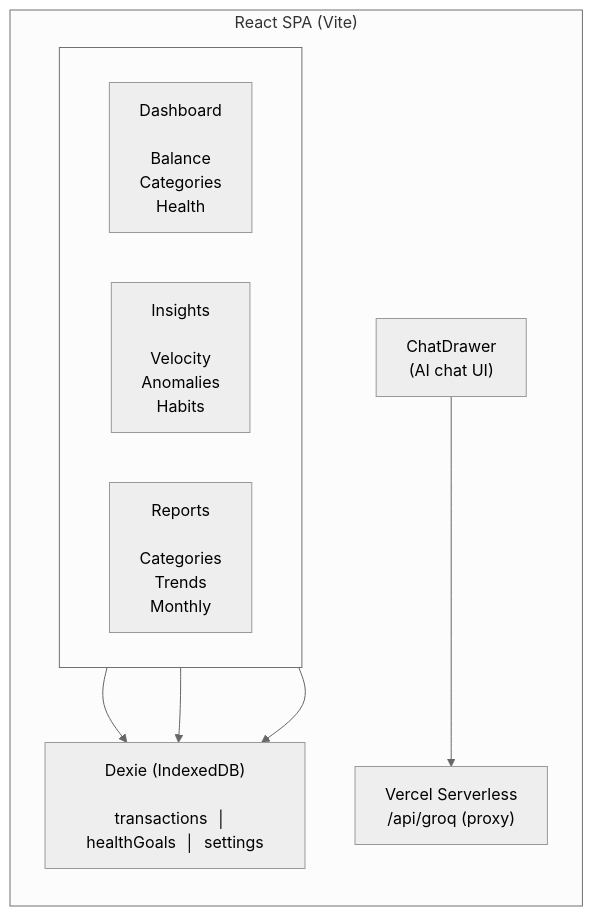
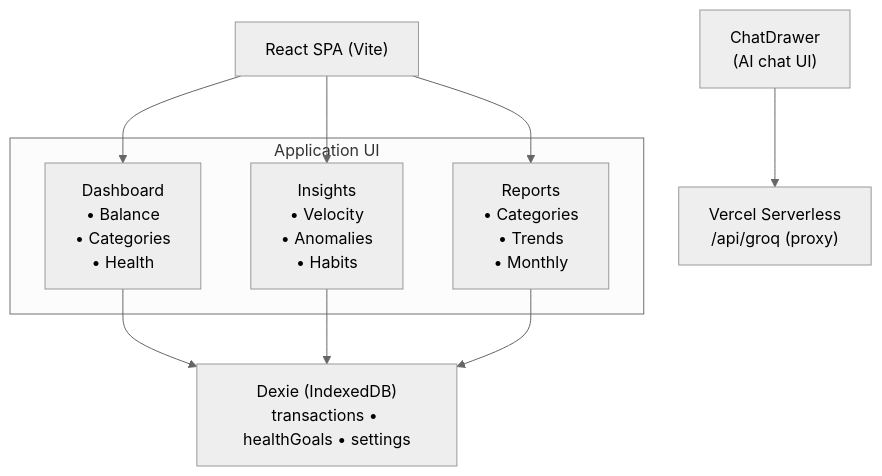
The diagram in README.md (nabeelsyed14/spendly), drawn with Mermaid (neutral theme) before and after one commit.

Commit message:
Update architecture diagram in README
Refactor architecture diagram in README to improve clarity and formatting.

````diff
--- a/README.md
+++ b/README.md
@@ -26,23 +26,26 @@
 ```mermaid
 flowchart TB
-    subgraph APP["React SPA (Vite)"]
-        direction TB
+    SPA["React SPA (Vite)"]
 
-        subgraph PAGES[" "]
-            direction LR
-            Dashboard["Dashboard<br/><br/>Balance<br/>Categories<br/>Health"]
-            Insights["Insights<br/><br/>Velocity<br/>Anomalies<br/>Habits"]
-            Reports["Reports<br/><br/>Categories<br/>Trends<br/>Monthly"]
-        end
+    subgraph UI["Application UI"]
+        Dashboard["Dashboard<br/>• Balance<br/>• Categories<br/>• Health"]
+        Insights["Insights<br/>• Velocity<br/>• Anomalies<br/>• Habits"]
+        Reports["Reports<br/>• Categories<br/>• Trends<br/>• Monthly"]
+    end
 
-        DB["Dexie (IndexedDB)<br/><br/>transactions  │  healthGoals  │  settings"]
+    DB["Dexie (IndexedDB)<br/>transactions • healthGoals • settings"]
 
-        Chat["ChatDrawer<br/>(AI chat UI)"]
-        API["Vercel Serverless<br/>/api/groq (proxy)"]
+    Chat["ChatDrawer<br/>(AI chat UI)"]
+    API["Vercel Serverless<br/>/api/groq (proxy)"]
 
-        Dashboard --> DB
-        Insights --> DB
-        Reports --> DB
-        Chat --> API
-    end
+    SPA --> Dashboard
+    SPA --> Insights
+    SPA --> Reports
+
+    Dashboard --> DB
+    Insights --> DB
+    Reports --> DB
+
+    Chat --> API
+
 ```
````
